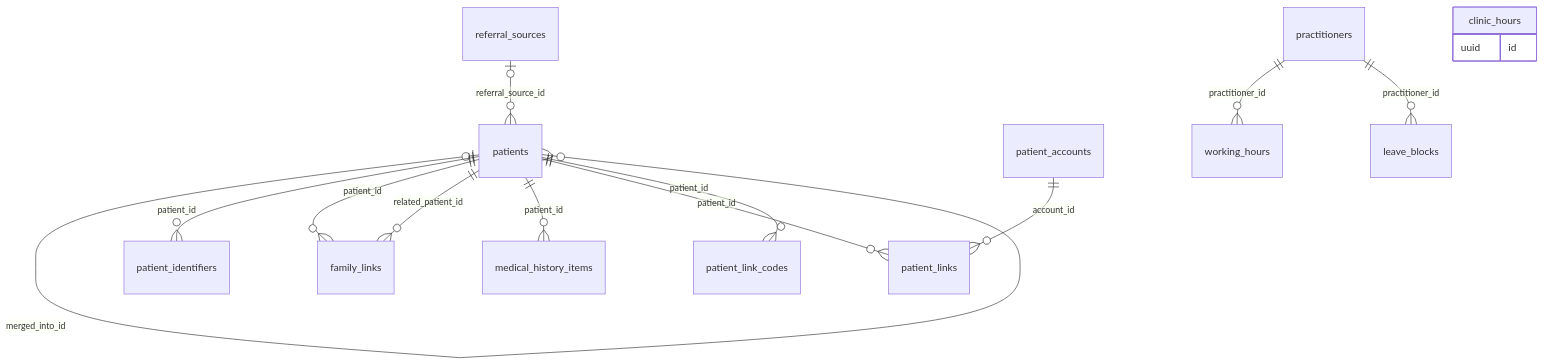
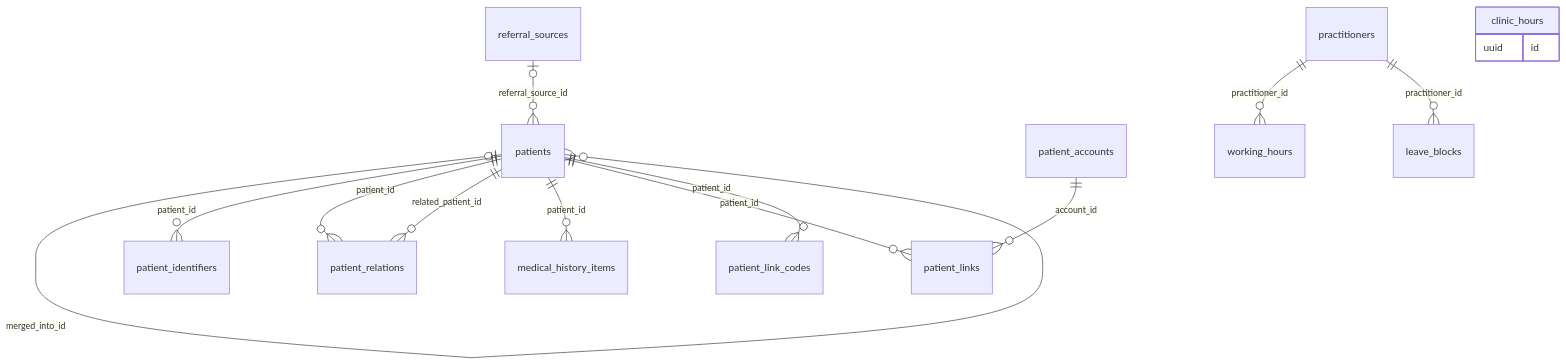
One commit to sakalyatechnologies/aarogyam changed the fifth of 13 diagrams in docs/database.md. Above: the diagram before and after it, drawn with Mermaid. The commit also changed other lines of this file and 16 other files, not shown here.

````diff
--- a/docs/database.md
+++ b/docs/database.md
@@ -844,18 +844,18 @@
 ```mermaid
 erDiagram
   referral_sources |o--o{ patients : "referral_source_id"
   patients |o--o{ patients : "referred_by_patient_id"
   patients |o--o{ patients : "merged_into_id"
   patients ||--o{ patient_identifiers : "patient_id"
-  patients ||--o{ family_links : "patient_id"
-  patients ||--o{ family_links : "related_patient_id"
+  patients ||--o{ patient_relations : "patient_id"
+  patients ||--o{ patient_relations : "related_patient_id"
   patients ||--o{ medical_history_items : "patient_id"
   patients ||--o{ patient_links : "patient_id"
   patient_accounts ||--o{ patient_links : "account_id"
   patients ||--o{ patient_link_codes : "patient_id"
   practitioners ||--o{ working_hours : "practitioner_id"
   practitioners ||--o{ leave_blocks : "practitioner_id"
   clinic_hours {
     uuid id
   }
 ```
````
